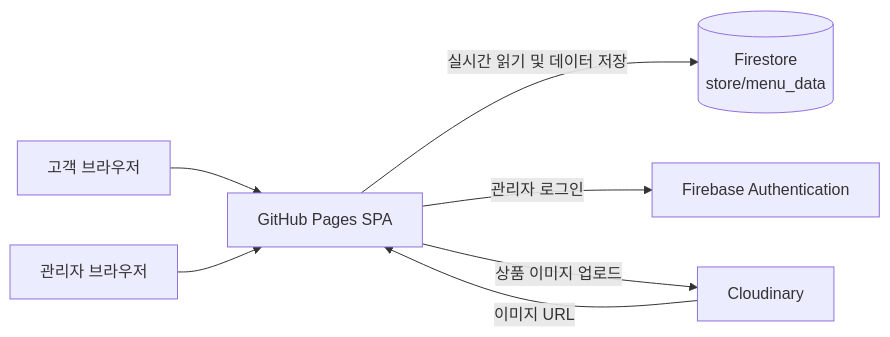
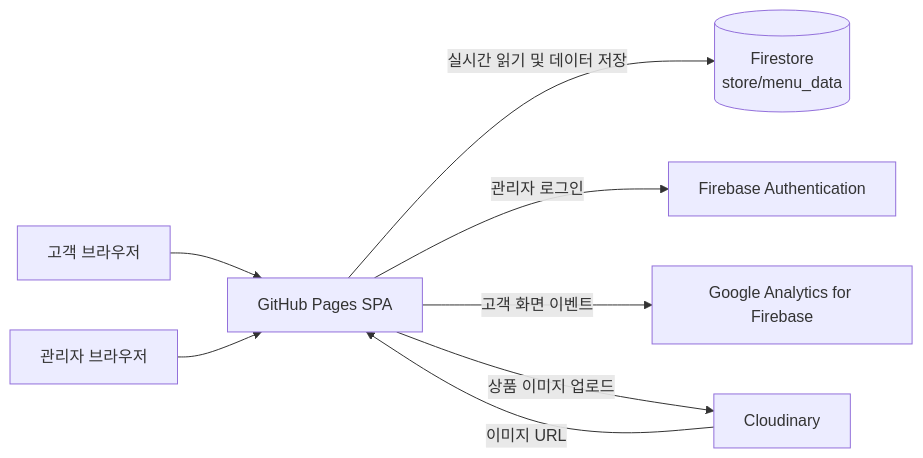
The diagram in README.md (SungJin-Park530/bakery-stock), drawn with Mermaid before and after one commit. The commit also changed other lines of this file and 6 other files, not shown here.

````diff
--- a/README.md
+++ b/README.md
@@ -43,9 +107,10 @@
 ```mermaid
 flowchart LR
     Customer[고객 브라우저] --> Pages[GitHub Pages SPA]
     Admin[관리자 브라우저] --> Pages
     Pages -->|실시간 읽기 및 데이터 저장| Firestore[(Firestore\nstore/menu_data)]
     Pages -->|관리자 로그인| Auth[Firebase Authentication]
+    Pages -->|고객 화면 이벤트| Analytics[Google Analytics for Firebase]
     Pages -->|상품 이미지 업로드| Cloudinary[Cloudinary]
     Cloudinary -->|이미지 URL| Pages
 ```
````
